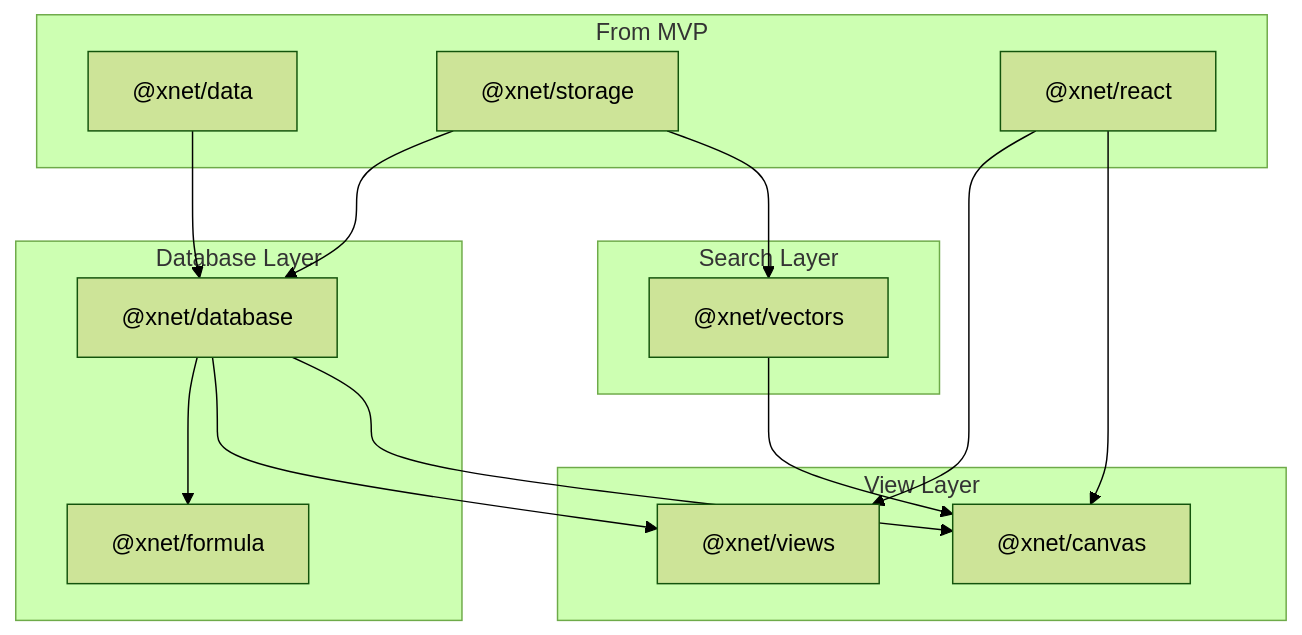
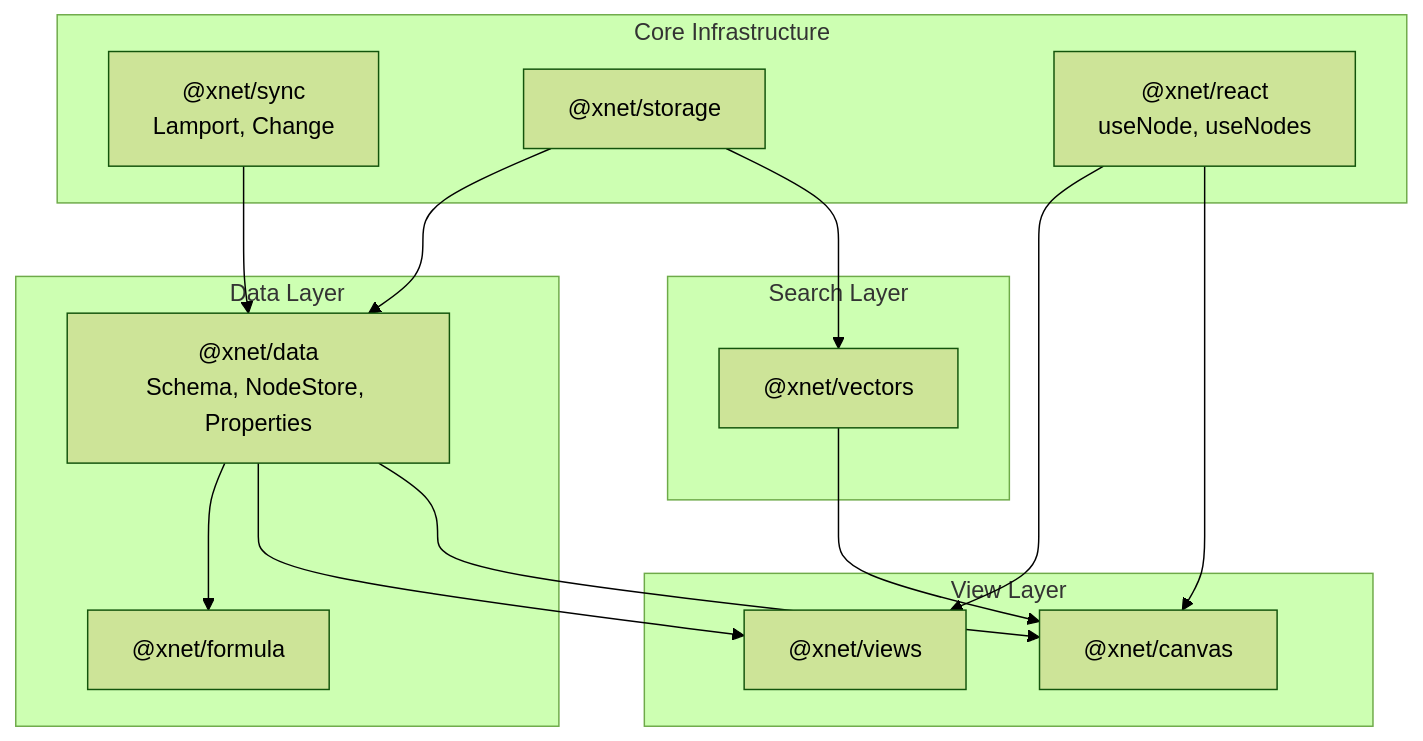
The diagram in docs/planStep02DatabasePlatform/README.md (crs48/xNet), drawn with Mermaid (forest theme) before and after one commit. The commit also changed other lines of this file and 23 other files, not shown here.

First line of the commit message:
Update planning docs for schema-first Node architecture

````diff
--- a/docs/planStep02DatabasePlatform/README.md
+++ b/docs/planStep02DatabasePlatform/README.md
@@ -132,32 +143,32 @@
 ```mermaid
 flowchart TD
-    subgraph "Database Layer"
-        DB["@xnet/database"]
+    subgraph "Data Layer"
+        DATA["@xnet/data<br/>Schema, NodeStore, Properties"]
         FORMULA["@xnet/formula"]
     end
 
     subgraph "View Layer"
         VIEWS["@xnet/views"]
         CANVAS["@xnet/canvas"]
     end
 
     subgraph "Search Layer"
         VECTORS["@xnet/vectors"]
     end
 
-    subgraph "From MVP"
-        DATA["@xnet/data"]
+    subgraph "Core Infrastructure"
+        SYNC["@xnet/sync<br/>Lamport, Change<T>"]
         STORAGE["@xnet/storage"]
-        REACT["@xnet/react"]
+        REACT["@xnet/react<br/>useNode, useNodes"]
     end
 
-    DATA --> DB
-    STORAGE --> DB
-    DB --> FORMULA
-    DB --> VIEWS
-    DB --> CANVAS
+    SYNC --> DATA
+    STORAGE --> DATA
+    DATA --> FORMULA
+    DATA --> VIEWS
+    DATA --> CANVAS
     REACT --> VIEWS
     REACT --> CANVAS
     STORAGE --> VECTORS
     VECTORS --> CANVAS
 ```
````
